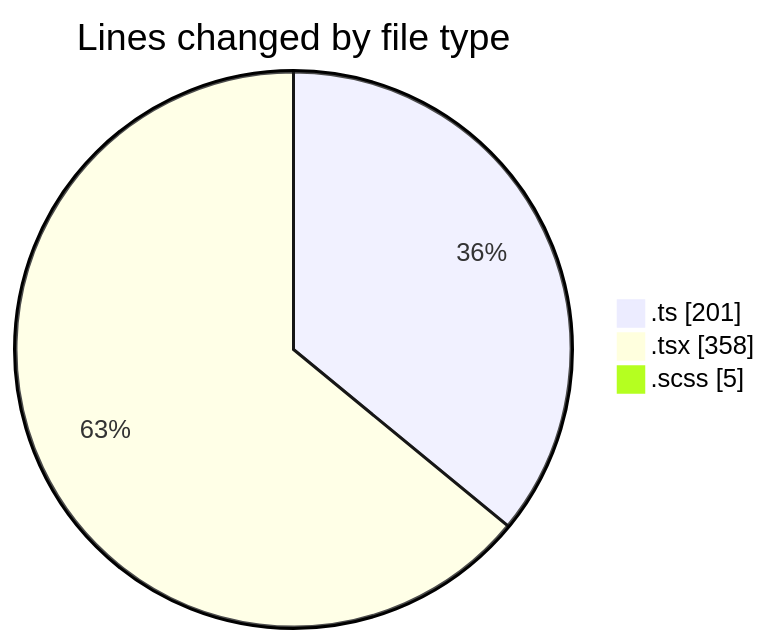
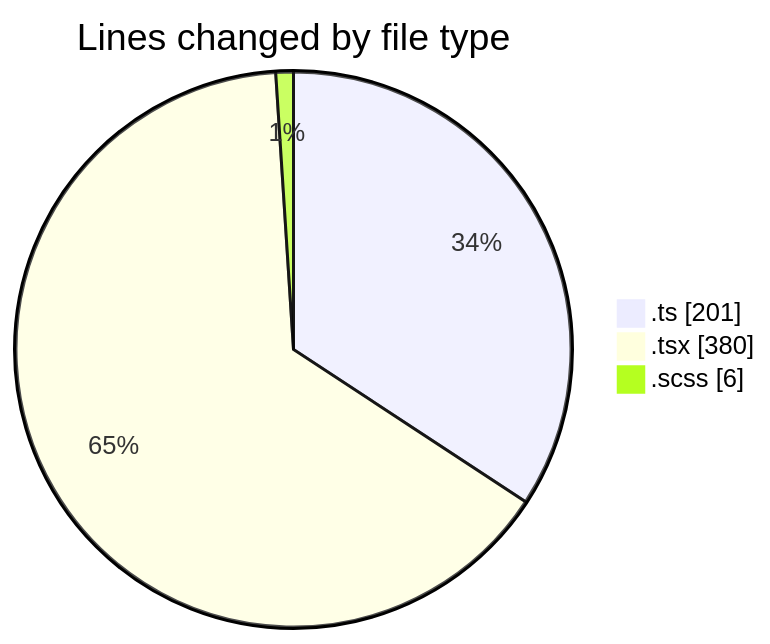
Before and after one commit to momahboobian/code-tracking: the first of 2 diagrams in 2026-03-17/cda/README.md, drawn with Mermaid. The commit also changed other lines of this file and 1 other file, not shown here.

````diff
--- a/2026-03-17/cda/README.md
+++ b/2026-03-17/cda/README.md
@@ -23,7 +23,7 @@
 ```mermaid
 pie showData
 title Lines changed by file type
 ".ts" : 201
-".tsx" : 358
-".scss" : 5
+".tsx" : 380
+".scss" : 6
 ```
````
